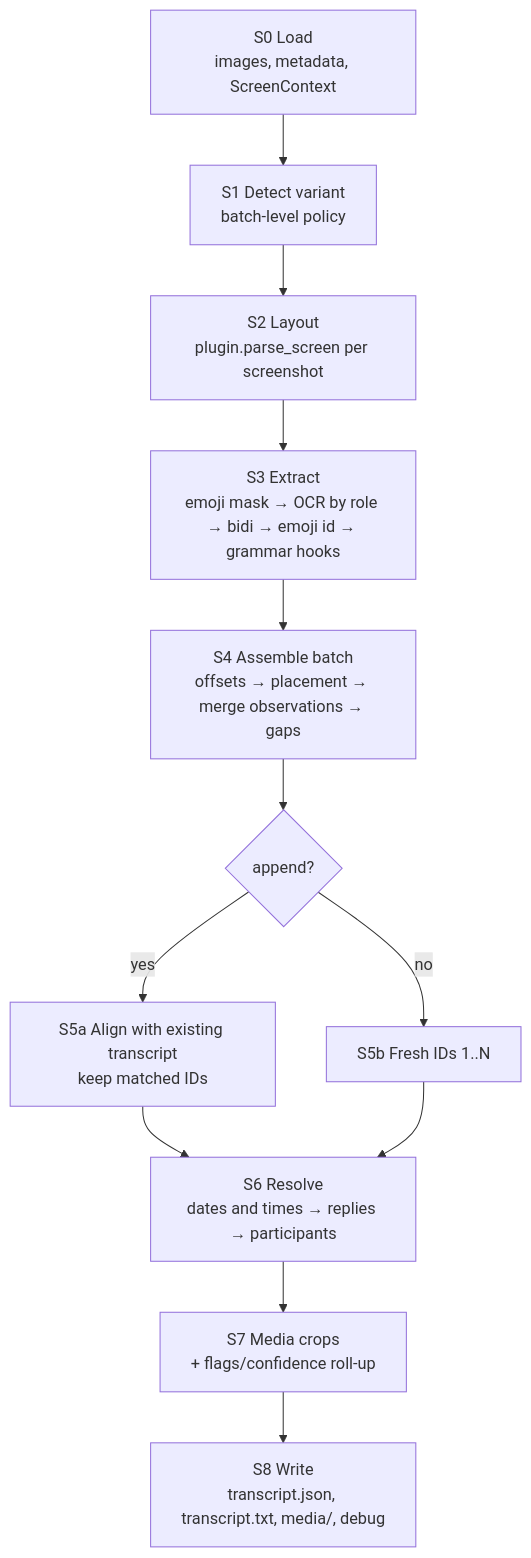
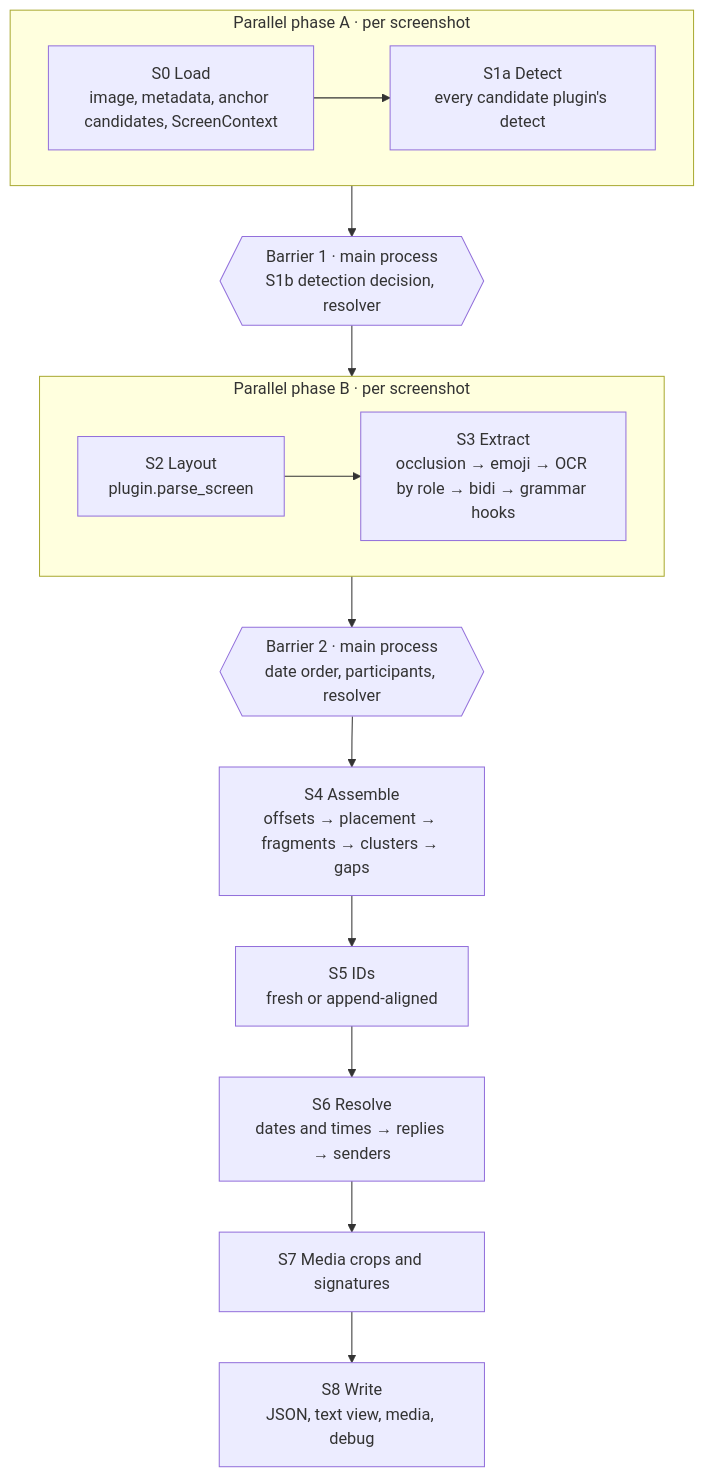
Before and after one commit to YuvalZilber/ChatsOCR: the second of 3 diagrams in docs/high-level-design.md, drawn with Mermaid. The commit also changed other lines of this file and 2 other files, not shown here.

````diff
--- a/docs/high-level-design.md
+++ b/docs/high-level-design.md
@@ -111,14 +114,17 @@
 ```mermaid
 flowchart TD
-  S0[S0 Load<br/>images, metadata, ScreenContext] --> S1[S1 Detect variant<br/>batch-level policy]
-  S1 --> S2[S2 Layout<br/>plugin.parse_screen per screenshot]
-  S2 --> S3[S3 Extract<br/>emoji mask → OCR by role → bidi → emoji id → grammar hooks]
-  S3 --> S4[S4 Assemble batch<br/>offsets → placement → merge observations → gaps]
-  S4 --> S5{append?}
-  S5 -- yes --> S5a[S5a Align with existing transcript<br/>keep matched IDs]
-  S5 -- no --> S5b[S5b Fresh IDs 1..N]
-  S5a --> S6
-  S5b --> S6[S6 Resolve<br/>dates and times → replies → participants]
-  S6 --> S7[S7 Media crops<br/>+ flags/confidence roll-up]
-  S7 --> S8[S8 Write<br/>transcript.json, transcript.txt, media/, debug]
+  subgraph A[Parallel phase A · per screenshot]
+    S0[S0 Load<br/>image, metadata, anchor candidates, ScreenContext] --> S1a[S1a Detect<br/>every candidate plugin's detect]
+  end
+  A --> B1{{Barrier 1 · main process<br/>S1b detection decision, resolver}}
+  B1 --> B
+  subgraph B[Parallel phase B · per screenshot]
+    S2[S2 Layout<br/>plugin.parse_screen] --> S3[S3 Extract<br/>occlusion → emoji → OCR by role → bidi → grammar hooks]
+  end
+  B --> B2{{Barrier 2 · main process<br/>date order, participants, resolver}}
+  B2 --> S4[S4 Assemble<br/>offsets → placement → fragments → clusters → gaps]
+  S4 --> S5[S5 IDs<br/>fresh or append-aligned]
+  S5 --> S6[S6 Resolve<br/>dates and times → replies → senders]
+  S6 --> S7[S7 Media crops and signatures]
+  S7 --> S8[S8 Write<br/>JSON, text view, media, debug]
 ```
````
